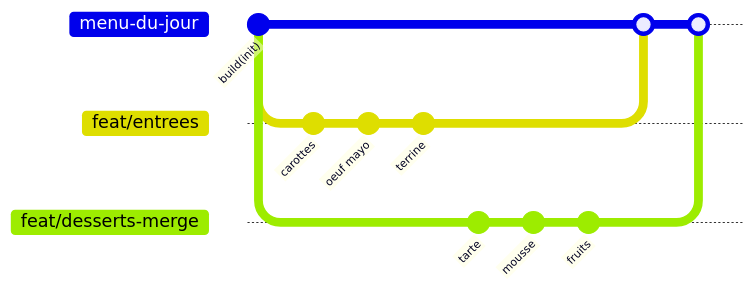
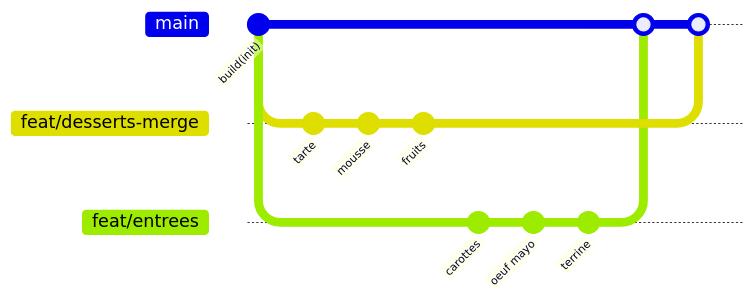
One commit to L3-MIAGE-GRENOBLE/l3m-git-2026-2027 changed the third of 6 diagrams in README.md. Above: the diagram before and after it, drawn with Mermaid. The commit also changed other lines of this file and 6 other files, not shown here.

Commit message:
chore(menu-de-demain): entrées et desserts déjà intégrés

````diff
--- a/README.md
+++ b/README.md
@@ -202,17 +250,16 @@
 ```mermaid
-%%{init: {'gitGraph': {'mainBranchName': 'menu-du-jour'}}}%%
 gitGraph
    commit id: "build(init)"
+   branch feat/desserts-merge
+   commit id: "tarte"
+   commit id: "mousse"
+   commit id: "fruits"
+   checkout main
    branch feat/entrees
    commit id: "carottes"
    commit id: "oeuf mayo"
    commit id: "terrine"
-   checkout menu-du-jour
-   branch feat/desserts-merge
-   commit id: "tarte"
-   commit id: "mousse"
-   commit id: "fruits"
-   checkout menu-du-jour
+   checkout main
    merge feat/entrees
    merge feat/desserts-merge
 ```
````
